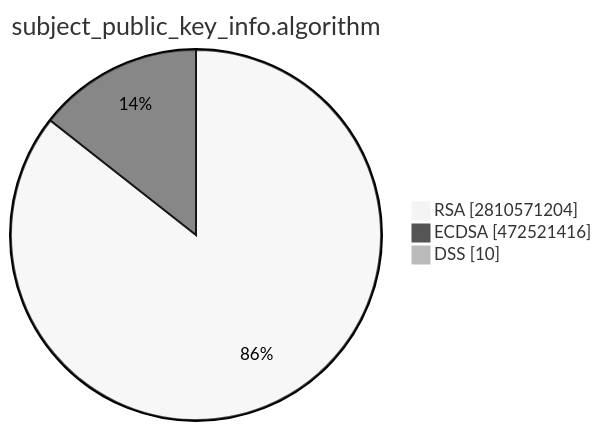
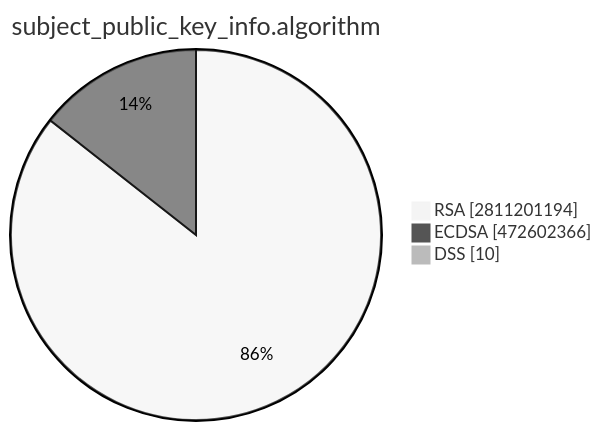
One commit to christiankrug/ctmonitor_visualization changed the second of 15 diagrams in TOTAL/README.md. Above: the diagram before and after it, drawn with Mermaid (neutral theme). The commit also changed other lines of this file, not shown here.

````diff
--- a/TOTAL/README.md
+++ b/TOTAL/README.md
@@ -6,7 +6,7 @@
 ```mermaid
 pie showData
 title subject_public_key_info.algorithm
-"RSA" :2810571204
-"ECDSA" :472521416
+"RSA" :2811201194
+"ECDSA" :472602366
 "DSS" :10
 ```
````
